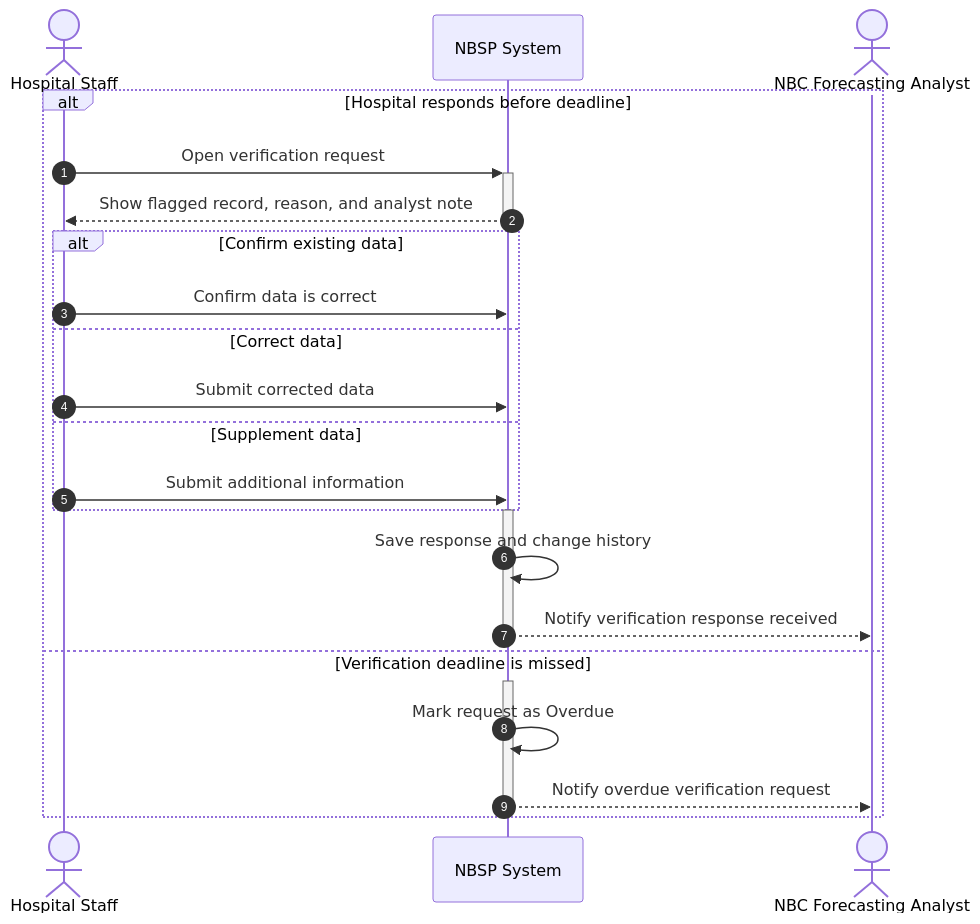
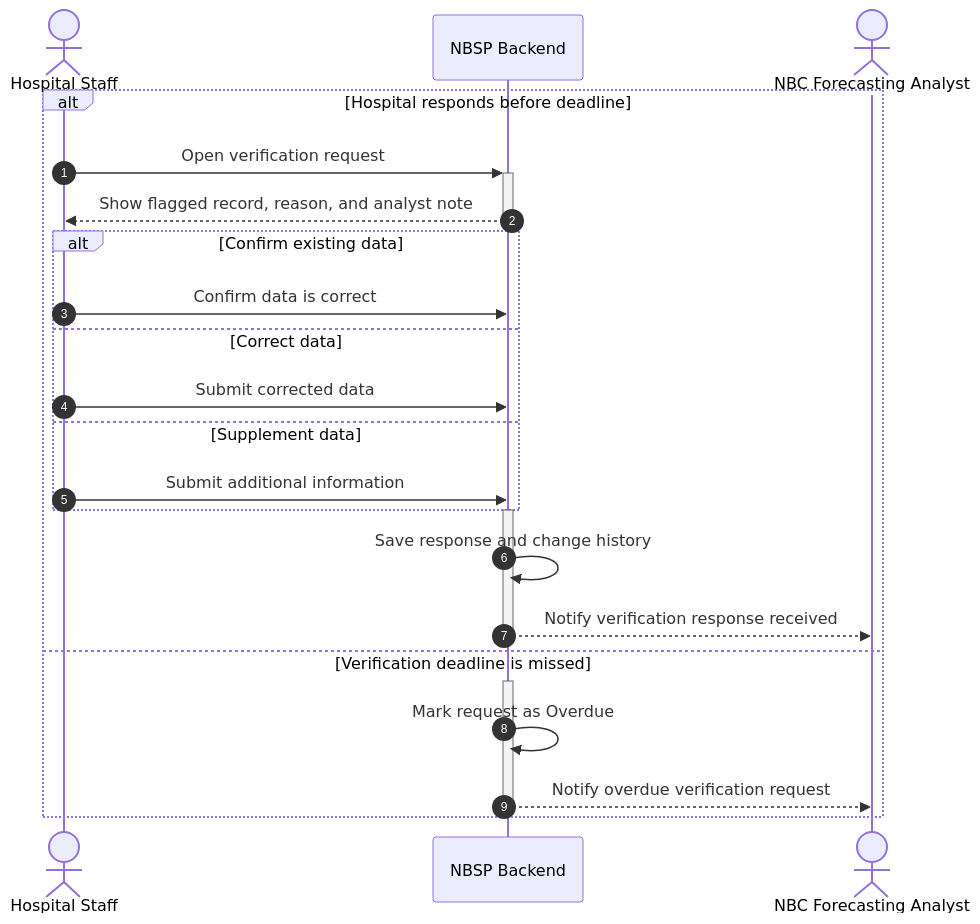
One commit to Nhan2772/DBIZ2-GROUPC-NationalBloodSupplyPlatform changed the diagram in use-case/SD-UC-14.md. Above: the diagram before and after it, drawn with Mermaid.

````diff
--- a/use-case/SD-UC-14.md
+++ b/use-case/SD-UC-14.md
@@ -9,29 +9,29 @@
 ```mermaid
 sequenceDiagram
     autonumber
     actor HS as Hospital Staff
-    participant NBSP as NBSP System
+    participant NBSP as NBSP Backend
     actor FA as NBC Forecasting Analyst
 
     alt Hospital responds before deadline
         HS->>+NBSP: Open verification request
         NBSP-->>-HS: Show flagged record, reason, and analyst note
 
         alt Confirm existing data
             HS->>NBSP: Confirm data is correct
         else Correct data
             HS->>NBSP: Submit corrected data
         else Supplement data
             HS->>NBSP: Submit additional information
         end
 
         activate NBSP
         NBSP->>NBSP: Save response and change history
         NBSP-->>-FA: Notify verification response received
 
     else Verification deadline is missed
         activate NBSP
         NBSP->>NBSP: Mark request as Overdue
         NBSP-->>-FA: Notify overdue verification request
     end
 ```
````
